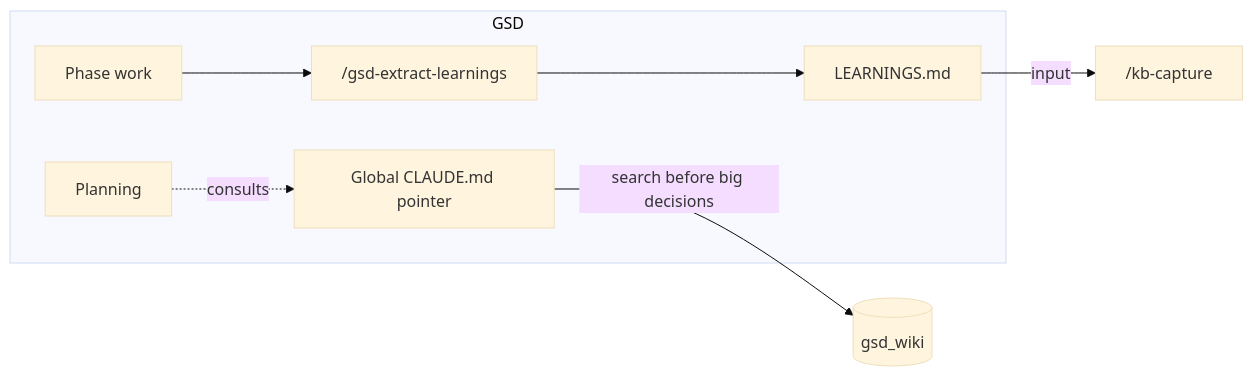
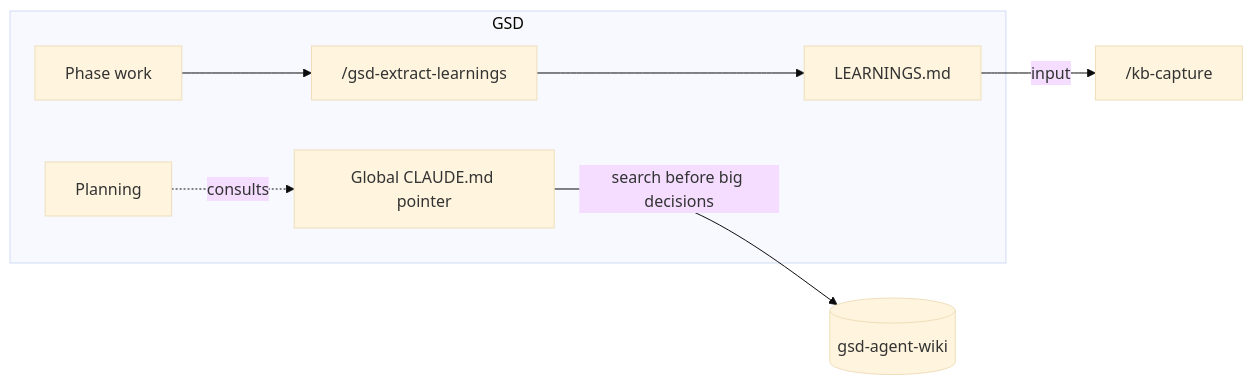
One commit to wesnam/gsd-agent-wiki changed the fifth of 5 diagrams in docs/ARCHITECTURE.md. Above: the diagram before and after it, drawn with Mermaid (base theme). The commit also changed other lines of this file and 9 other files, not shown here.

Commit message:
Add projects tag for project-scoped knowledge; rename to gsd-agent-wiki

````diff
--- a/docs/ARCHITECTURE.md
+++ b/docs/ARCHITECTURE.md
@@ -118,9 +119,9 @@
 ```mermaid
 flowchart LR
     subgraph GSD
         P[Phase work] --> E["/gsd-extract-learnings"] --> LM[LEARNINGS.md]
         PLAN[Planning] -.consults.-> PTR[Global CLAUDE.md pointer]
     end
     LM -->|input| CAP["/kb-capture"]
-    PTR -->|search before big decisions| KB[(gsd_wiki)]
+    PTR -->|search before big decisions| KB[(gsd-agent-wiki)]
 ```
````
